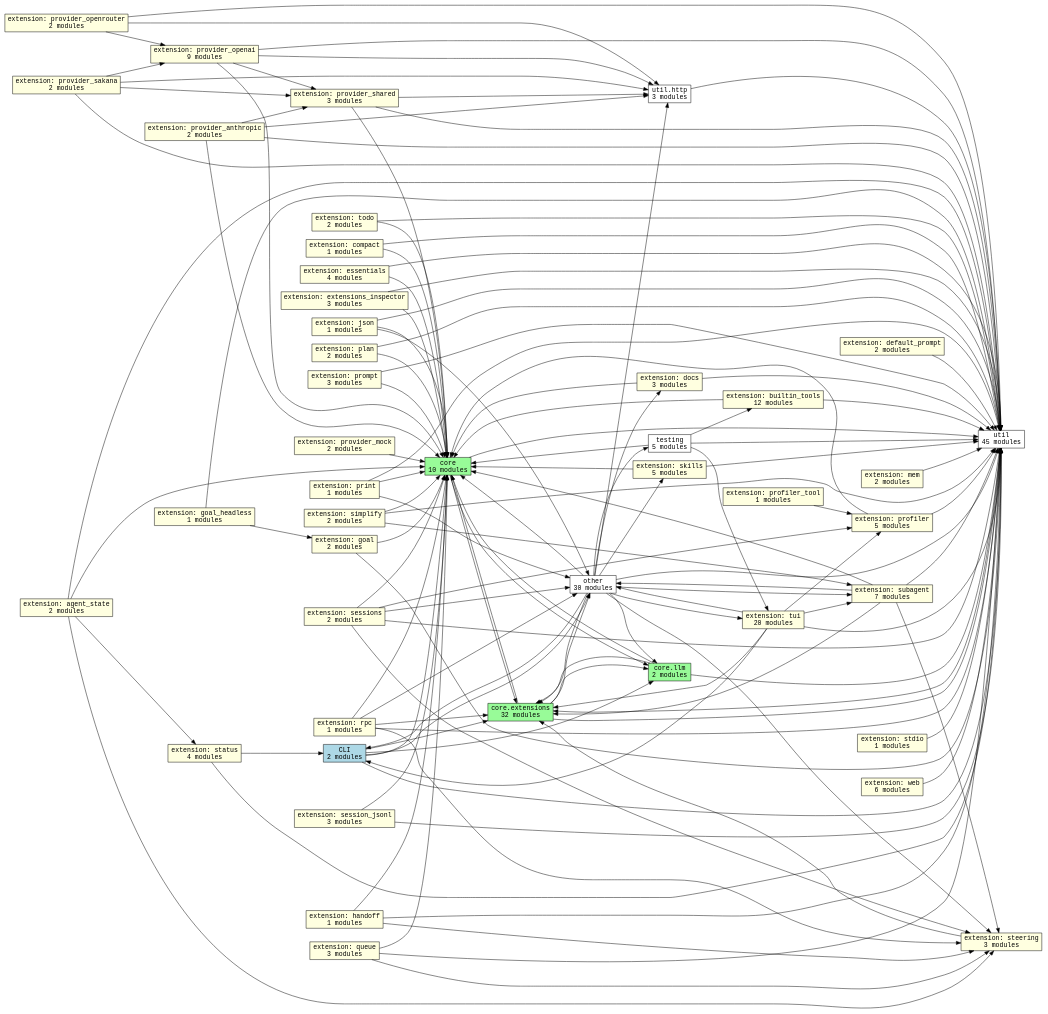
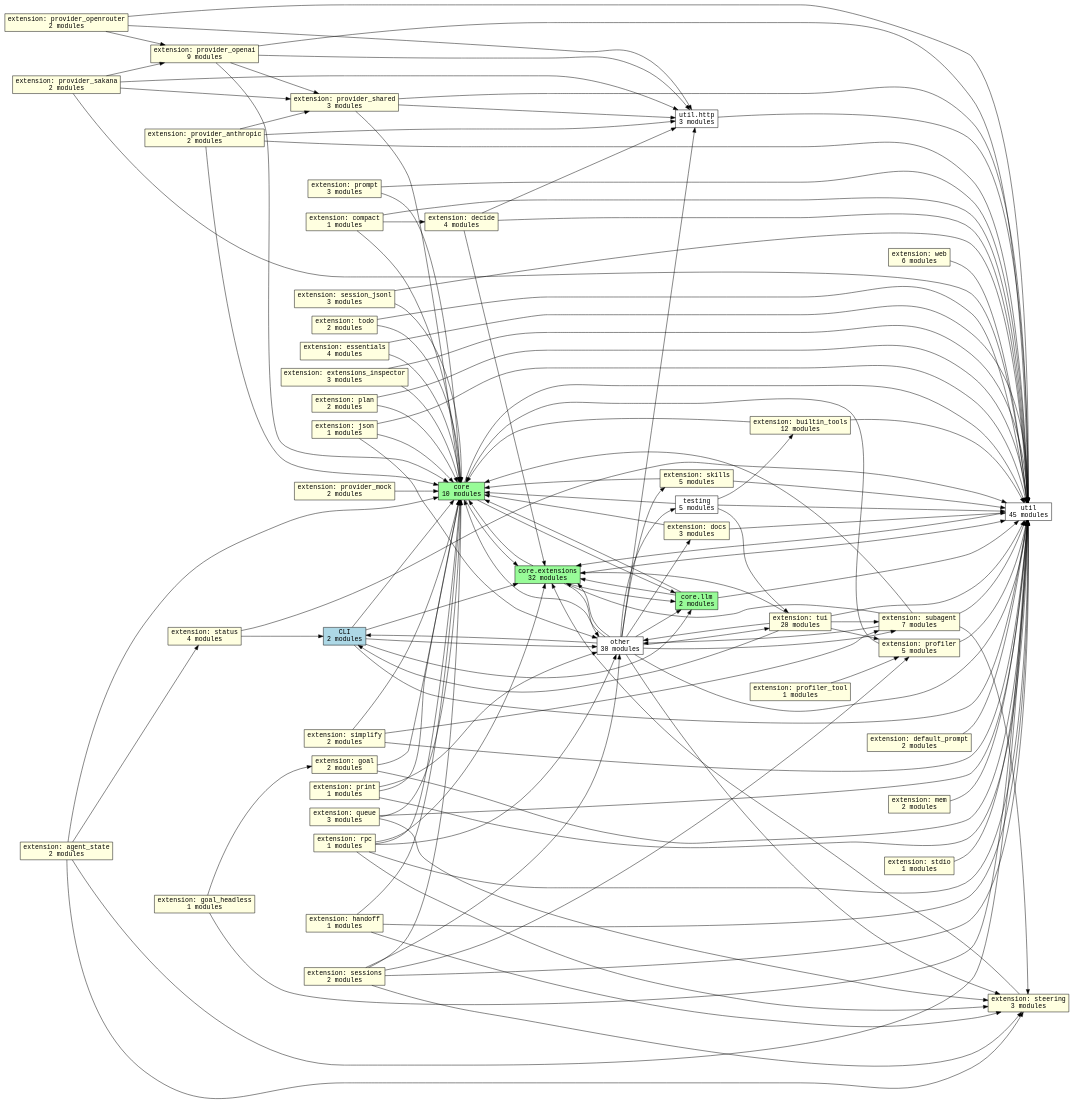
The diagram in docs/graphs/subsystems.dot (acmiyaguchi/fen), drawn with Graphviz before and after one commit. The commit also changed 14 other files, not shown here.

```diff
--- a/docs/graphs/subsystems.dot
+++ b/docs/graphs/subsystems.dot
@@ -1,175 +1,180 @@
 digraph fen_subsystems {
   graph [rankdir=LR];
   node [shape=box, fontname="monospace"];
   edge [fontname="monospace"];
   "cli" [fillcolor="lightblue", label="CLI\n2 modules", style="filled"];
   "core" [fillcolor="palegreen", label="core\n10 modules", style="filled"];
   "core.extensions" [fillcolor="palegreen", label="core.extensions\n32 modules", style="filled"];
   "core.llm" [fillcolor="palegreen", label="core.llm\n2 modules", style="filled"];
   "extension.agent_state" [fillcolor="lightyellow", label="extension: agent_state\n2 modules", style="filled"];
   "extension.builtin_tools" [fillcolor="lightyellow", label="extension: builtin_tools\n12 modules", style="filled"];
   "extension.compact" [fillcolor="lightyellow", label="extension: compact\n1 modules", style="filled"];
+  "extension.decide" [fillcolor="lightyellow", label="extension: decide\n4 modules", style="filled"];
   "extension.default_prompt" [fillcolor="lightyellow", label="extension: default_prompt\n2 modules", style="filled"];
   "extension.docs" [fillcolor="lightyellow", label="extension: docs\n3 modules", style="filled"];
   "extension.essentials" [fillcolor="lightyellow", label="extension: essentials\n4 modules", style="filled"];
   "extension.extensions_inspector" [fillcolor="lightyellow", label="extension: extensions_inspector\n3 modules", style="filled"];
   "extension.goal" [fillcolor="lightyellow", label="extension: goal\n2 modules", style="filled"];
   "extension.goal_headless" [fillcolor="lightyellow", label="extension: goal_headless\n1 modules", style="filled"];
   "extension.handoff" [fillcolor="lightyellow", label="extension: handoff\n1 modules", style="filled"];
   "extension.json" [fillcolor="lightyellow", label="extension: json\n1 modules", style="filled"];
   "extension.mem" [fillcolor="lightyellow", label="extension: mem\n2 modules", style="filled"];
   "extension.plan" [fillcolor="lightyellow", label="extension: plan\n2 modules", style="filled"];
   "extension.print" [fillcolor="lightyellow", label="extension: print\n1 modules", style="filled"];
   "extension.profiler" [fillcolor="lightyellow", label="extension: profiler\n5 modules", style="filled"];
   "extension.profiler_tool" [fillcolor="lightyellow", label="extension: profiler_tool\n1 modules", style="filled"];
   "extension.prompt" [fillcolor="lightyellow", label="extension: prompt\n3 modules", style="filled"];
   "extension.provider_anthropic" [fillcolor="lightyellow", label="extension: provider_anthropic\n2 modules", style="filled"];
   "extension.provider_mock" [fillcolor="lightyellow", label="extension: provider_mock\n2 modules", style="filled"];
   "extension.provider_openai" [fillcolor="lightyellow", label="extension: provider_openai\n9 modules", style="filled"];
   "extension.provider_openrouter" [fillcolor="lightyellow", label="extension: provider_openrouter\n2 modules", style="filled"];
   "extension.provider_sakana" [fillcolor="lightyellow", label="extension: provider_sakana\n2 modules", style="filled"];
   "extension.provider_shared" [fillcolor="lightyellow", label="extension: provider_shared\n3 modules", style="filled"];
   "extension.queue" [fillcolor="lightyellow", label="extension: queue\n3 modules", style="filled"];
   "extension.rpc" [fillcolor="lightyellow", label="extension: rpc\n1 modules", style="filled"];
   "extension.session_jsonl" [fillcolor="lightyellow", label="extension: session_jsonl\n3 modules", style="filled"];
   "extension.sessions" [fillcolor="lightyellow", label="extension: sessions\n2 modules", style="filled"];
   "extension.simplify" [fillcolor="lightyellow", label="extension: simplify\n2 modules", style="filled"];
   "extension.skills" [fillcolor="lightyellow", label="extension: skills\n5 modules", style="filled"];
   "extension.status" [fillcolor="lightyellow", label="extension: status\n4 modules", style="filled"];
   "extension.stdio" [fillcolor="lightyellow", label="extension: stdio\n1 modules", style="filled"];
   "extension.steering" [fillcolor="lightyellow", label="extension: steering\n3 modules", style="filled"];
   "extension.subagent" [fillcolor="lightyellow", label="extension: subagent\n7 modules", style="filled"];
   "extension.todo" [fillcolor="lightyellow", label="extension: todo\n2 modules", style="filled"];
   "extension.tui" [fillcolor="lightyellow", label="extension: tui\n20 modules", style="filled"];
   "extension.web" [fillcolor="lightyellow", label="extension: web\n6 modules", style="filled"];
   "other" [fillcolor="white", label="other\n30 modules", style="filled"];
   "testing" [fillcolor="white", label="testing\n5 modules", style="filled"];
   "util" [fillcolor="white", label="util\n45 modules", style="filled"];
   "util.http" [fillcolor="white", label="util.http\n3 modules", style="filled"];
   "cli" -> "core";
   "cli" -> "core.extensions";
   "cli" -> "core.llm";
   "cli" -> "other";
   "cli" -> "util";
   "core" -> "core.extensions";
   "core" -> "core.llm";
   "core" -> "util";
   "core.extensions" -> "core";
   "core.extensions" -> "core.llm";
   "core.extensions" -> "other";
   "core.extensions" -> "util";
   "core.llm" -> "core";
   "core.llm" -> "core.extensions";
   "core.llm" -> "util";
   "extension.agent_state" -> "core";
   "extension.agent_state" -> "extension.status";
   "extension.agent_state" -> "extension.steering";
   "extension.agent_state" -> "util";
   "extension.builtin_tools" -> "core";
   "extension.builtin_tools" -> "util";
   "extension.compact" -> "core";
+  "extension.compact" -> "extension.decide";
   "extension.compact" -> "util";
+  "extension.decide" -> "core.extensions";
+  "extension.decide" -> "util";
+  "extension.decide" -> "util.http";
   "extension.default_prompt" -> "util";
   "extension.docs" -> "core";
   "extension.docs" -> "util";
   "extension.essentials" -> "core";
   "extension.essentials" -> "util";
   "extension.extensions_inspector" -> "core";
   "extension.extensions_inspector" -> "util";
   "extension.goal" -> "core";
   "extension.goal" -> "util";
   "extension.goal_headless" -> "extension.goal";
   "extension.goal_headless" -> "util";
   "extension.handoff" -> "core";
   "extension.handoff" -> "extension.steering";
   "extension.handoff" -> "util";
   "extension.json" -> "core";
   "extension.json" -> "other";
   "extension.json" -> "util";
   "extension.mem" -> "util";
   "extension.plan" -> "core";
   "extension.plan" -> "util";
   "extension.print" -> "core";
   "extension.print" -> "other";
   "extension.print" -> "util";
   "extension.profiler" -> "core";
   "extension.profiler" -> "util";
   "extension.profiler_tool" -> "extension.profiler";
   "extension.prompt" -> "core";
   "extension.prompt" -> "util";
   "extension.provider_anthropic" -> "core";
   "extension.provider_anthropic" -> "extension.provider_shared";
   "extension.provider_anthropic" -> "util";
   "extension.provider_anthropic" -> "util.http";
   "extension.provider_mock" -> "core";
   "extension.provider_openai" -> "core";
   "extension.provider_openai" -> "extension.provider_shared";
   "extension.provider_openai" -> "util";
   "extension.provider_openai" -> "util.http";
   "extension.provider_openrouter" -> "extension.provider_openai";
   "extension.provider_openrouter" -> "util";
   "extension.provider_openrouter" -> "util.http";
   "extension.provider_sakana" -> "extension.provider_openai";
   "extension.provider_sakana" -> "extension.provider_shared";
   "extension.provider_sakana" -> "util";
   "extension.provider_sakana" -> "util.http";
   "extension.provider_shared" -> "core";
   "extension.provider_shared" -> "util";
   "extension.provider_shared" -> "util.http";
   "extension.queue" -> "core";
   "extension.queue" -> "extension.steering";
   "extension.queue" -> "util";
   "extension.rpc" -> "core";
   "extension.rpc" -> "core.extensions";
   "extension.rpc" -> "extension.steering";
   "extension.rpc" -> "other";
   "extension.rpc" -> "util";
   "extension.session_jsonl" -> "core";
   "extension.session_jsonl" -> "util";
   "extension.sessions" -> "core";
   "extension.sessions" -> "extension.profiler";
   "extension.sessions" -> "extension.steering";
   "extension.sessions" -> "other";
   "extension.sessions" -> "util";
   "extension.simplify" -> "core";
   "extension.simplify" -> "extension.subagent";
   "extension.simplify" -> "util";
   "extension.skills" -> "core";
   "extension.skills" -> "util";
   "extension.status" -> "cli";
   "extension.status" -> "util";
   "extension.stdio" -> "util";
   "extension.steering" -> "core.extensions";
   "extension.subagent" -> "core";
   "extension.subagent" -> "core.extensions";
   "extension.subagent" -> "extension.steering";
   "extension.subagent" -> "other";
   "extension.subagent" -> "util";
   "extension.todo" -> "core";
   "extension.todo" -> "util";
   "extension.tui" -> "cli";
   "extension.tui" -> "core.extensions";
   "extension.tui" -> "extension.profiler";
   "extension.tui" -> "extension.subagent";
   "extension.tui" -> "other";
   "extension.tui" -> "util";
   "extension.web" -> "util";
   "other" -> "cli";
   "other" -> "core";
   "other" -> "core.extensions";
   "other" -> "core.llm";
   "other" -> "extension.docs";
   "other" -> "extension.skills";
   "other" -> "extension.steering";
   "other" -> "extension.subagent";
   "other" -> "extension.tui";
   "other" -> "testing";
   "other" -> "util";
   "other" -> "util.http";
   "testing" -> "core";
   "testing" -> "extension.builtin_tools";
   "testing" -> "extension.tui";
   "testing" -> "util";
   "util" -> "core.extensions";
   "util.http" -> "util";
 }
```
